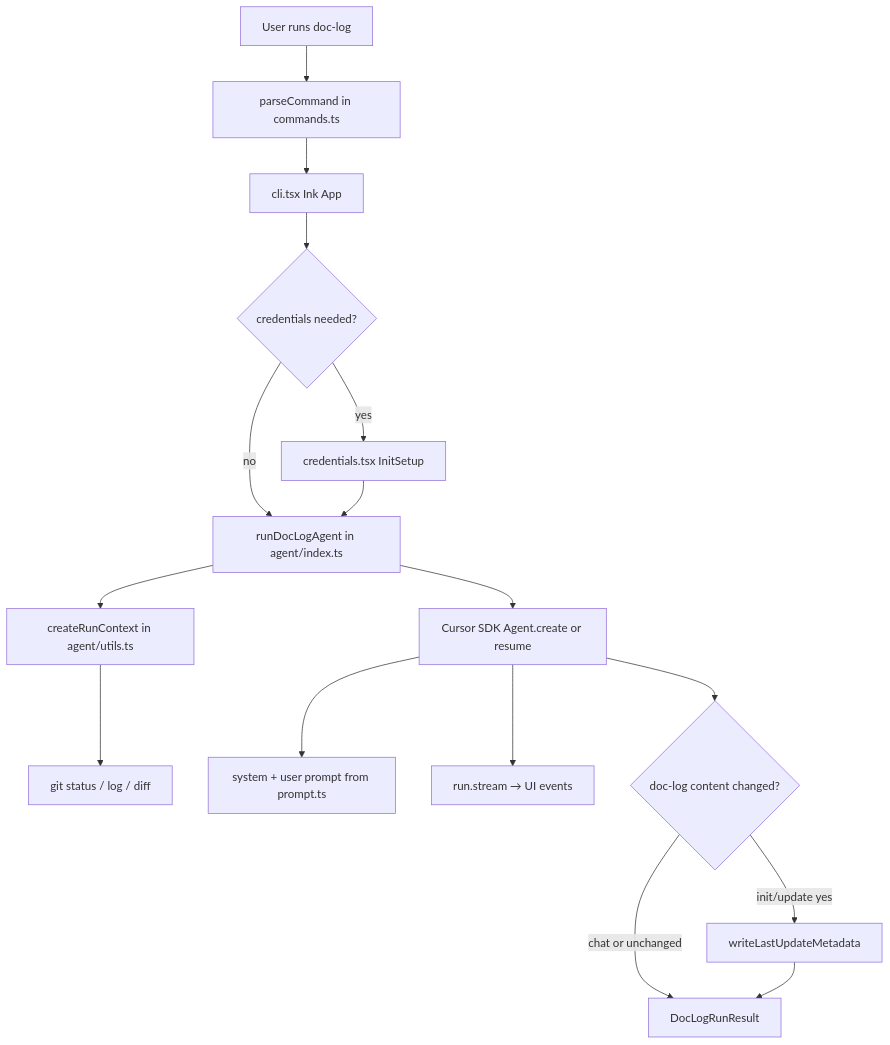
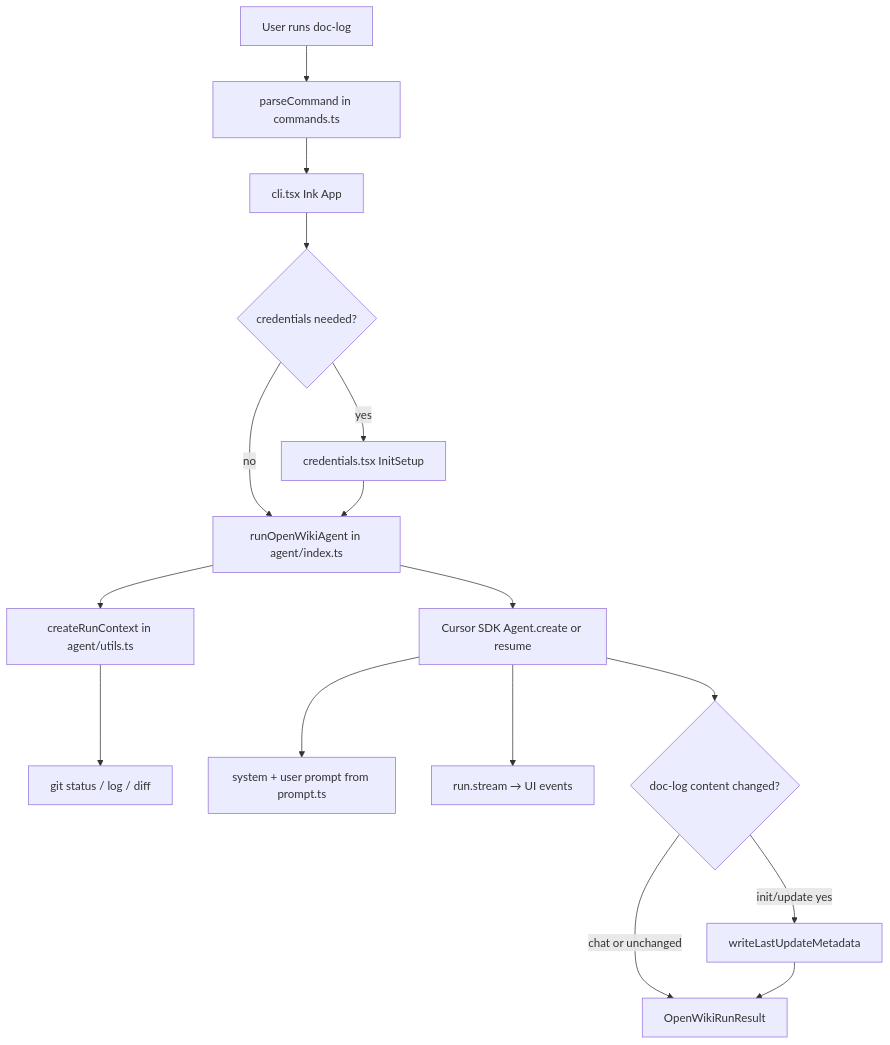
One commit to Bhushan-04/doc-log changed the diagram in doc-log/architecture/overview.md. Above: the diagram before and after it, drawn with Mermaid. The commit also changed other lines of this file and 12 other files, not shown here.

First line of the commit message:
Remove flow/section customization; restore openwiki-level init/update/chat.

````diff
--- a/doc-log/architecture/overview.md
+++ b/doc-log/architecture/overview.md
@@ -7,18 +7,18 @@
 ```mermaid
 flowchart TD
   User[User runs doc-log] --> Parse[parseCommand in commands.ts]
   Parse --> UI[cli.tsx Ink App]
   UI --> Creds{credentials needed?}
   Creds -->|yes| Setup[credentials.tsx InitSetup]
-  Creds -->|no| Agent[runDocLogAgent in agent/index.ts]
+  Creds -->|no| Agent[runOpenWikiAgent in agent/index.ts]
   Setup --> Agent
   Agent --> Context[createRunContext in agent/utils.ts]
   Context --> Git[git status / log / diff]
   Agent --> SDK[Cursor SDK Agent.create or resume]
   SDK --> Prompt[system + user prompt from prompt.ts]
   SDK --> Stream[run.stream → UI events]
   SDK --> Snapshot{doc-log content changed?}
   Snapshot -->|init/update yes| Meta[writeLastUpdateMetadata]
-  Snapshot -->|chat or unchanged| Done[DocLogRunResult]
+  Snapshot -->|chat or unchanged| Done[OpenWikiRunResult]
   Meta --> Done
 ```
````
